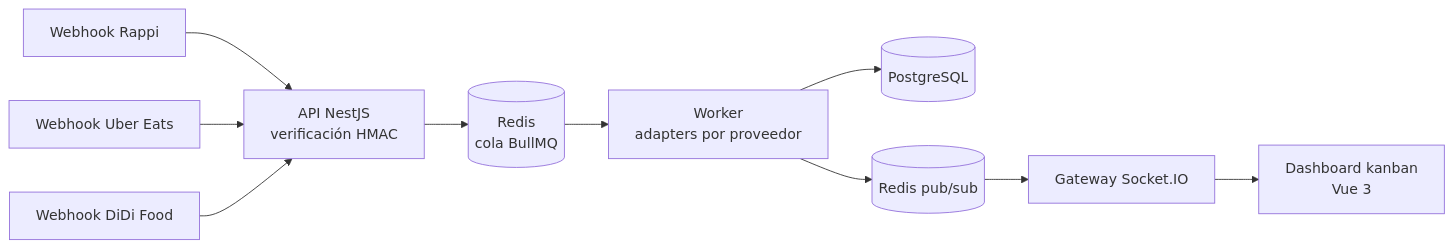
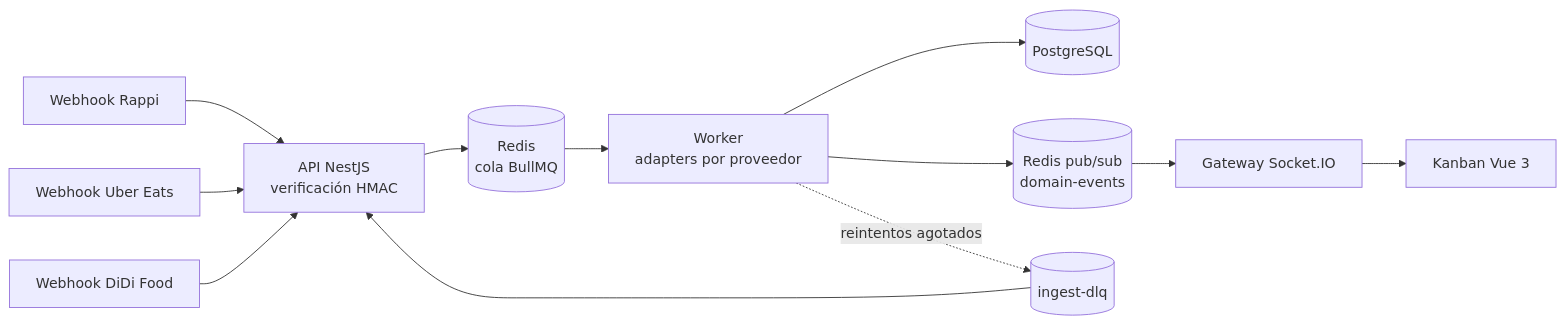
The first of 3 diagrams in README.es.md (haefrain/delivery-orders-hub), drawn with Mermaid before and after one commit. The commit also changed other lines of this file and 8 other files, not shown here.

Commit message:
docs: architecture readme with adrs, solid map and resilience guide

````diff
--- a/README.es.md
+++ b/README.es.md
@@ -19,12 +32,14 @@
 ```mermaid
 flowchart LR
     R[Webhook Rappi] --> API
     U[Webhook Uber Eats] --> API
     D[Webhook DiDi Food] --> API
     API[API NestJS\nverificación HMAC] --> Q[(Redis\ncola BullMQ)]
     Q --> W[Worker\nadapters por proveedor]
     W --> DB[(PostgreSQL)]
-    W --> PS[(Redis pub/sub)]
+    W --> PS[(Redis pub/sub\ndomain-events)]
     PS --> WS[Gateway Socket.IO]
-    WS --> UI[Dashboard kanban\nVue 3]
+    WS --> UI[Kanban Vue 3]
+    W -. reintentos agotados .-> DLQ[(ingest-dlq)]
+    DLQ --> API
 ```
````
